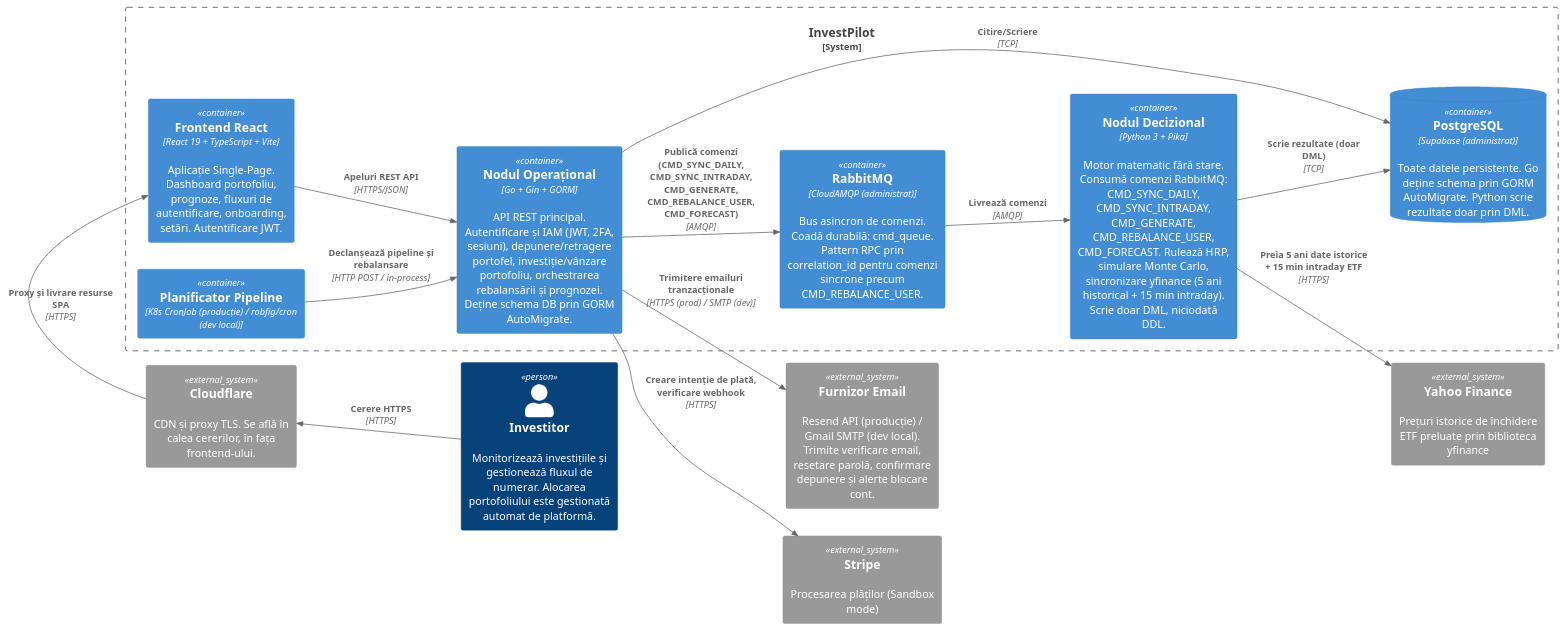
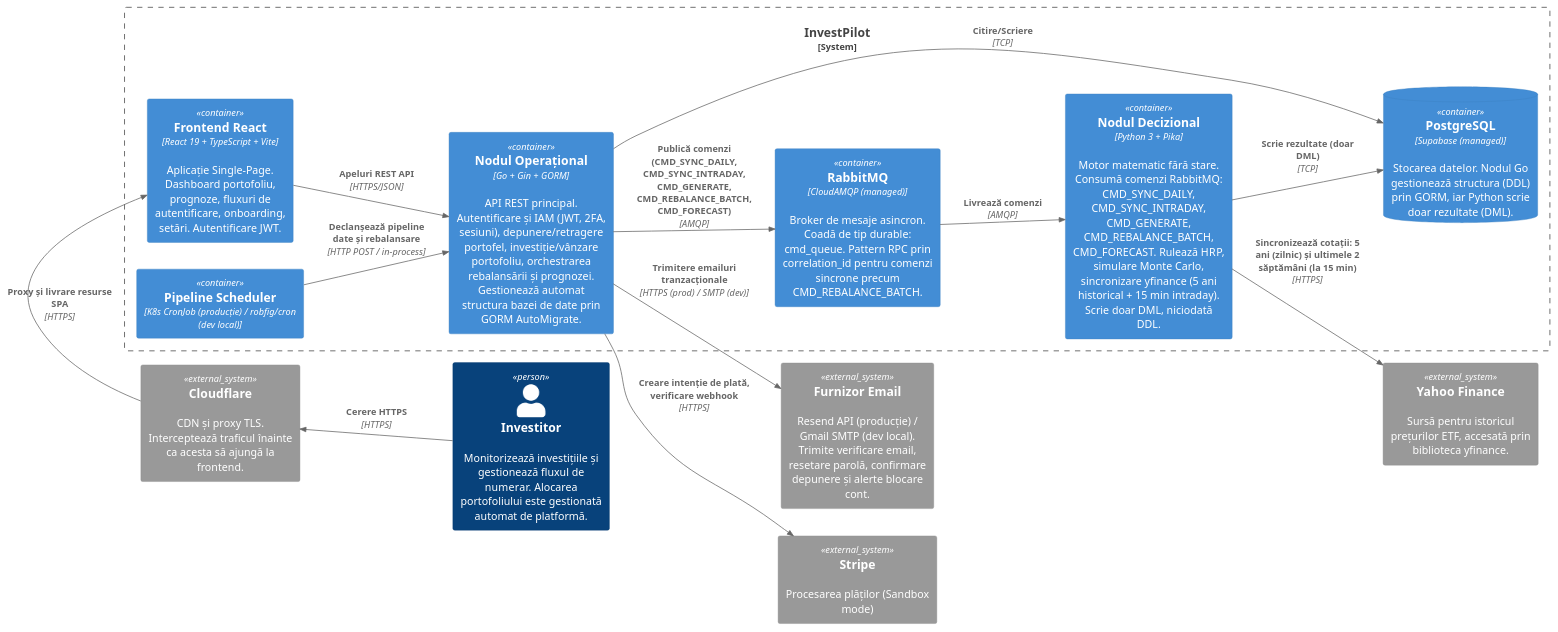
The diagram in docs/diagrams/ro/c4-container_ro.puml (andreiOpran/InvestPilot), drawn with PlantUML before and after one commit. The commit also changed 4 other files, not shown here.

Commit message:
[FIX] diagrams translation

```diff
--- a/docs/diagrams/ro/c4-container_ro.puml
+++ b/docs/diagrams/ro/c4-container_ro.puml
@@ -1,43 +1,43 @@
 @startuml InvestPilot-C4-L2-RO
 !include https://raw.githubusercontent.com/plantuml-stdlib/C4-PlantUML/master/C4_Container.puml
 
 LAYOUT_LANDSCAPE()
 
 Person(investor, "Investitor", "Monitorizează investițiile și gestionează fluxul de numerar. Alocarea portofoliului este gestionată automat de platformă.")
 
-System_Ext(cloudflare, "Cloudflare", "CDN și proxy TLS. Se află în calea cererilor, în fața frontend-ului.")
+System_Ext(cloudflare, "Cloudflare", "CDN și proxy TLS. Interceptează traficul înainte ca acesta să ajungă la frontend.")
 System_Ext(stripe, "Stripe", "Procesarea plăților (Sandbox mode)")
-System_Ext(yfinance, "Yahoo Finance", "Prețuri istorice de închidere ETF preluate prin biblioteca yfinance")
+System_Ext(yfinance, "Yahoo Finance", "Sursă pentru istoricul prețurilor ETF, accesată prin biblioteca yfinance.")
 System_Ext(mailer, "Furnizor Email", "Resend API (producție) / Gmail SMTP (dev local). Trimite verificare email, resetare parolă, confirmare depunere și alerte blocare cont.")
 
 System_Boundary(investpilot, "InvestPilot") {
 
     Container(spa, "Frontend React", "React 19 + TypeScript + Vite", "Aplicație Single-Page. Dashboard portofoliu, prognoze, fluxuri de autentificare, onboarding, setări. Autentificare JWT.")
 
-    Container(operational, "Nodul Operațional", "Go + Gin + GORM", "API REST principal. Autentificare și IAM (JWT, 2FA, sesiuni), depunere/retragere portofel, investiție/vânzare portofoliu, orchestrarea rebalansării și prognozei. Deține schema DB prin GORM AutoMigrate.")
+    Container(operational, "Nodul Operațional", "Go + Gin + GORM", "API REST principal. Autentificare și IAM (JWT, 2FA, sesiuni), depunere/retragere portofel, investiție/vânzare portofoliu, orchestrarea rebalansării și prognozei. Gestionează automat structura bazei de date prin GORM AutoMigrate.")
 
-    Container(decisional, "Nodul Decizional", "Python 3 + Pika", "Motor matematic fără stare. Consumă comenzi RabbitMQ: CMD_SYNC_DAILY, CMD_SYNC_INTRADAY, CMD_GENERATE, CMD_REBALANCE_USER, CMD_FORECAST. Rulează HRP, simulare Monte Carlo, sincronizare yfinance (5 ani historical + 15 min intraday). Scrie doar DML, niciodată DDL.")
+    Container(decisional, "Nodul Decizional", "Python 3 + Pika", "Motor matematic fără stare. Consumă comenzi RabbitMQ: CMD_SYNC_DAILY, CMD_SYNC_INTRADAY, CMD_GENERATE, CMD_REBALANCE_BATCH, CMD_FORECAST. Rulează HRP, simulare Monte Carlo, sincronizare yfinance (5 ani historical + 15 min intraday). Scrie doar DML, niciodată DDL.")
 
-    Container(scheduler, "Planificator Pipeline", "K8s CronJob (producție) / robfig/cron (dev local)")
+    Container(scheduler, "Pipeline Scheduler", "K8s CronJob (producție) / robfig/cron (dev local)")
 
-    Container(rabbitmq, "RabbitMQ", "CloudAMQP (administrat)", "Bus asincron de comenzi. Coadă durabilă: cmd_queue. Pattern RPC prin correlation_id pentru comenzi sincrone precum CMD_REBALANCE_USER.")
+    Container(rabbitmq, "RabbitMQ", "CloudAMQP (managed)", "Broker de mesaje asincron. Coadă de tip durable: cmd_queue. Pattern RPC prin correlation_id pentru comenzi sincrone precum CMD_REBALANCE_BATCH.")
 
-    ContainerDb(postgres, "PostgreSQL", "Supabase (administrat)", "Toate datele persistente. Go deține schema prin GORM AutoMigrate. Python scrie rezultate doar prin DML.")
+    ContainerDb(postgres, "PostgreSQL", "Supabase (managed)", "Stocarea datelor. Nodul Go gestionează structura (DDL) prin GORM, iar Python scrie doar rezultate (DML).")
 }
 
 ' Relații
 Rel_L(investor, cloudflare, "Cerere HTTPS", "HTTPS")
 Rel_U(cloudflare, spa, "Proxy și livrare resurse SPA", "HTTPS")
 Rel(spa, operational, "Apeluri REST API", "HTTPS/JSON")
-Rel(operational, rabbitmq, "Publică comenzi (CMD_SYNC_DAILY, CMD_SYNC_INTRADAY, CMD_GENERATE, CMD_REBALANCE_USER, CMD_FORECAST)", "AMQP")
+Rel(operational, rabbitmq, "Publică comenzi (CMD_SYNC_DAILY, CMD_SYNC_INTRADAY, CMD_GENERATE, CMD_REBALANCE_BATCH, CMD_FORECAST)", "AMQP")
 Rel(rabbitmq, decisional, "Livrează comenzi", "AMQP")
-Rel(scheduler, operational, "Declanșează pipeline și rebalansare", "HTTP POST / in-process")
+Rel(scheduler, operational, "Declanșează pipeline date și rebalansare", "HTTP POST / in-process")
 Rel(operational, postgres, "Citire/Scriere", "TCP")
 Rel(decisional, postgres, "Scrie rezultate (doar DML)", "TCP")
 Rel(operational, stripe, "Creare intenție de plată, verificare webhook", "HTTPS")
-Rel(decisional, yfinance, "Preia 5 ani date istorice + 15 min intraday ETF", "HTTPS")
+Rel(decisional, yfinance, "Sincronizează cotații: 5 ani (zilnic) și ultimele 2 săptămâni (la 15 min)", "HTTPS")
 Rel(operational, mailer, "Trimitere emailuri tranzacționale", "HTTPS (prod) / SMTP (dev)")
 
 Lay_R(mailer, stripe)
 
 @enduml
```
